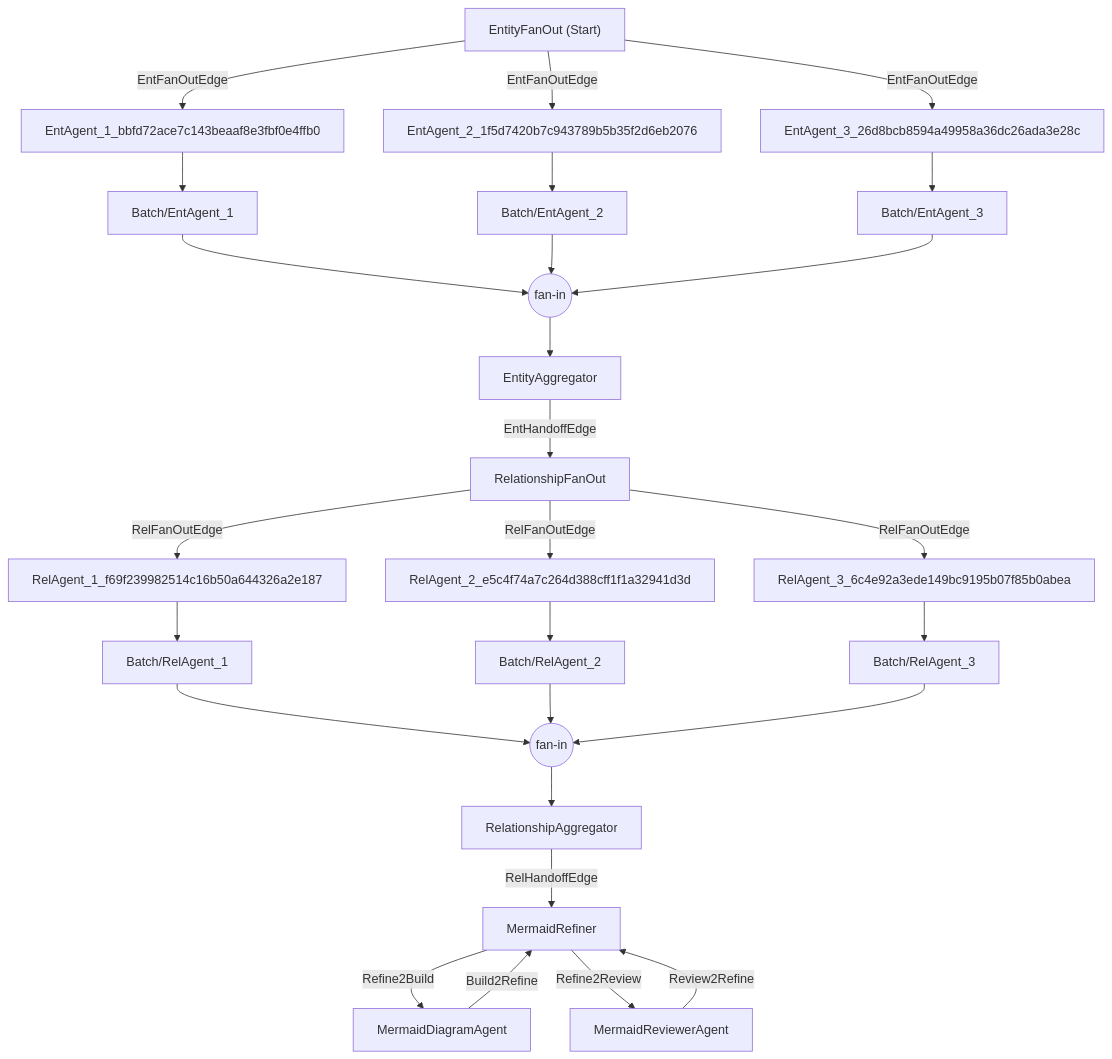
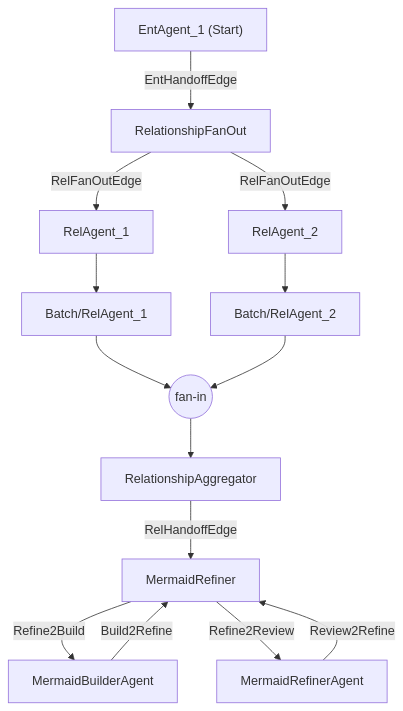
One commit to dcostea/Apex.AgenticEntityExtractor changed the second of 3 diagrams in Apex.AgenticEntityExtractor/README.md. Above: the diagram before and after it, drawn with Mermaid. The commit also changed other lines of this file and 30 other files, not shown here.

````diff
--- a/Apex.AgenticEntityExtractor/README.md
+++ b/Apex.AgenticEntityExtractor/README.md
@@ -70,51 +70,28 @@
 ```mermaid
 flowchart TD                                                                                     
-  EntityFanOut["EntityFanOut (Start)"];                                                          
-  EntAgent_1_bbfd72ace7c143beaaf8e3fbf0e4ffb0["EntAgent_1_bbfd72ace7c143beaaf8e3fbf0e4ffb0"];    
-  EntAgent_2_1f5d7420b7c943789b5b35f2d6eb2076["EntAgent_2_1f5d7420b7c943789b5b35f2d6eb2076"];    
-  EntAgent_3_26d8bcb8594a49958a36dc26ada3e28c["EntAgent_3_26d8bcb8594a49958a36dc26ada3e28c"];    
-  Batch_EntAgent_1["Batch/EntAgent_1"];                                                          
-  Batch_EntAgent_2["Batch/EntAgent_2"];                                                          
-  Batch_EntAgent_3["Batch/EntAgent_3"];                                                          
-  EntityAggregator["EntityAggregator"];                                                          
+  EntAgent_1["EntAgent_1 (Start)"];                                                              
   RelationshipFanOut["RelationshipFanOut"];                                                      
-  RelAgent_1_f69f239982514c16b50a644326a2e187["RelAgent_1_f69f239982514c16b50a644326a2e187"];    
-  RelAgent_2_e5c4f74a7c264d388cff1f1a32941d3d["RelAgent_2_e5c4f74a7c264d388cff1f1a32941d3d"];    
-  RelAgent_3_6c4e92a3ede149bc9195b07f85b0abea["RelAgent_3_6c4e92a3ede149bc9195b07f85b0abea"];    
+  RelAgent_1["RelAgent_1"];                                                                      
+  RelAgent_2["RelAgent_2"];                                                                      
   Batch_RelAgent_1["Batch/RelAgent_1"];                                                          
   Batch_RelAgent_2["Batch/RelAgent_2"];                                                          
-  Batch_RelAgent_3["Batch/RelAgent_3"];                                                          
   RelationshipAggregator["RelationshipAggregator"];                                              
   MermaidRefiner["MermaidRefiner"];                                                              
-  MermaidDiagramAgent["MermaidDiagramAgent"];                                                    
-  MermaidReviewerAgent["MermaidReviewerAgent"];                                                  
-                                                                                                 
-  fan_in_EntityAggregator_3F0935F0((fan-in))                                                     
-  fan_in_RelationshipAggregator_FD7251F0((fan-in))                                               
-  Batch_EntAgent_1 --> fan_in_EntityAggregator_3F0935F0;                                         
-  Batch_EntAgent_2 --> fan_in_EntityAggregator_3F0935F0;                                         
-  Batch_EntAgent_3 --> fan_in_EntityAggregator_3F0935F0;                                         
-  fan_in_EntityAggregator_3F0935F0 --> EntityAggregator;                                         
-  Batch_RelAgent_1 --> fan_in_RelationshipAggregator_FD7251F0;                                   
-  Batch_RelAgent_2 --> fan_in_RelationshipAggregator_FD7251F0;                                   
-  Batch_RelAgent_3 --> fan_in_RelationshipAggregator_FD7251F0;                                   
-  fan_in_RelationshipAggregator_FD7251F0 --> RelationshipAggregator;                             
-  EntityFanOut -->|EntFanOutEdge| EntAgent_1_bbfd72ace7c143beaaf8e3fbf0e4ffb0;                   
-  EntityFanOut -->|EntFanOutEdge| EntAgent_2_1f5d7420b7c943789b5b35f2d6eb2076;                   
-  EntityFanOut -->|EntFanOutEdge| EntAgent_3_26d8bcb8594a49958a36dc26ada3e28c;                   
-  EntAgent_1_bbfd72ace7c143beaaf8e3fbf0e4ffb0 --> Batch_EntAgent_1;                              
-  EntAgent_2_1f5d7420b7c943789b5b35f2d6eb2076 --> Batch_EntAgent_2;                              
-  EntAgent_3_26d8bcb8594a49958a36dc26ada3e28c --> Batch_EntAgent_3;                              
-  EntityAggregator -->|EntHandoffEdge| RelationshipFanOut;                                       
-  RelationshipFanOut -->|RelFanOutEdge| RelAgent_1_f69f239982514c16b50a644326a2e187;             
-  RelationshipFanOut -->|RelFanOutEdge| RelAgent_2_e5c4f74a7c264d388cff1f1a32941d3d;             
-  RelationshipFanOut -->|RelFanOutEdge| RelAgent_3_6c4e92a3ede149bc9195b07f85b0abea;             
-  RelAgent_1_f69f239982514c16b50a644326a2e187 --> Batch_RelAgent_1;                              
-  RelAgent_2_e5c4f74a7c264d388cff1f1a32941d3d --> Batch_RelAgent_2;                              
-  RelAgent_3_6c4e92a3ede149bc9195b07f85b0abea --> Batch_RelAgent_3;                              
+  MermaidBuilderAgent["MermaidBuilderAgent"];                                                    
+  MermaidRefinerAgent["MermaidRefinerAgent"];                                                  
+
+  fan_in_RelationshipAggregator((fan-in))                                                        
+  Batch_RelAgent_1 --> fan_in_RelationshipAggregator;                                            
+  Batch_RelAgent_2 --> fan_in_RelationshipAggregator;                                            
+  fan_in_RelationshipAggregator --> RelationshipAggregator;                                      
+  EntAgent_1 -->|EntHandoffEdge| RelationshipFanOut;                                             
+  RelationshipFanOut -->|RelFanOutEdge| RelAgent_1;                                              
+  RelationshipFanOut -->|RelFanOutEdge| RelAgent_2;                                              
+  RelAgent_1 --> Batch_RelAgent_1;                                                               
+  RelAgent_2 --> Batch_RelAgent_2;                                                               
   RelationshipAggregator -->|RelHandoffEdge| MermaidRefiner;                                     
-  MermaidRefiner -->|Refine2Build| MermaidDiagramAgent;                                          
-  MermaidRefiner -->|Refine2Review| MermaidReviewerAgent;                                        
-  MermaidDiagramAgent -->|Build2Refine| MermaidRefiner;                                          
-  MermaidReviewerAgent -->|Review2Refine| MermaidRefiner;                                        
+  MermaidRefiner -->|Refine2Build| MermaidBuilderAgent;                                          
+  MermaidRefiner -->|Refine2Review| MermaidRefinerAgent;                                        
+  MermaidBuilderAgent -->|Build2Refine| MermaidRefiner;                                          
+  MermaidRefinerAgent -->|Review2Refine| MermaidRefiner;                                        
 ```
````
